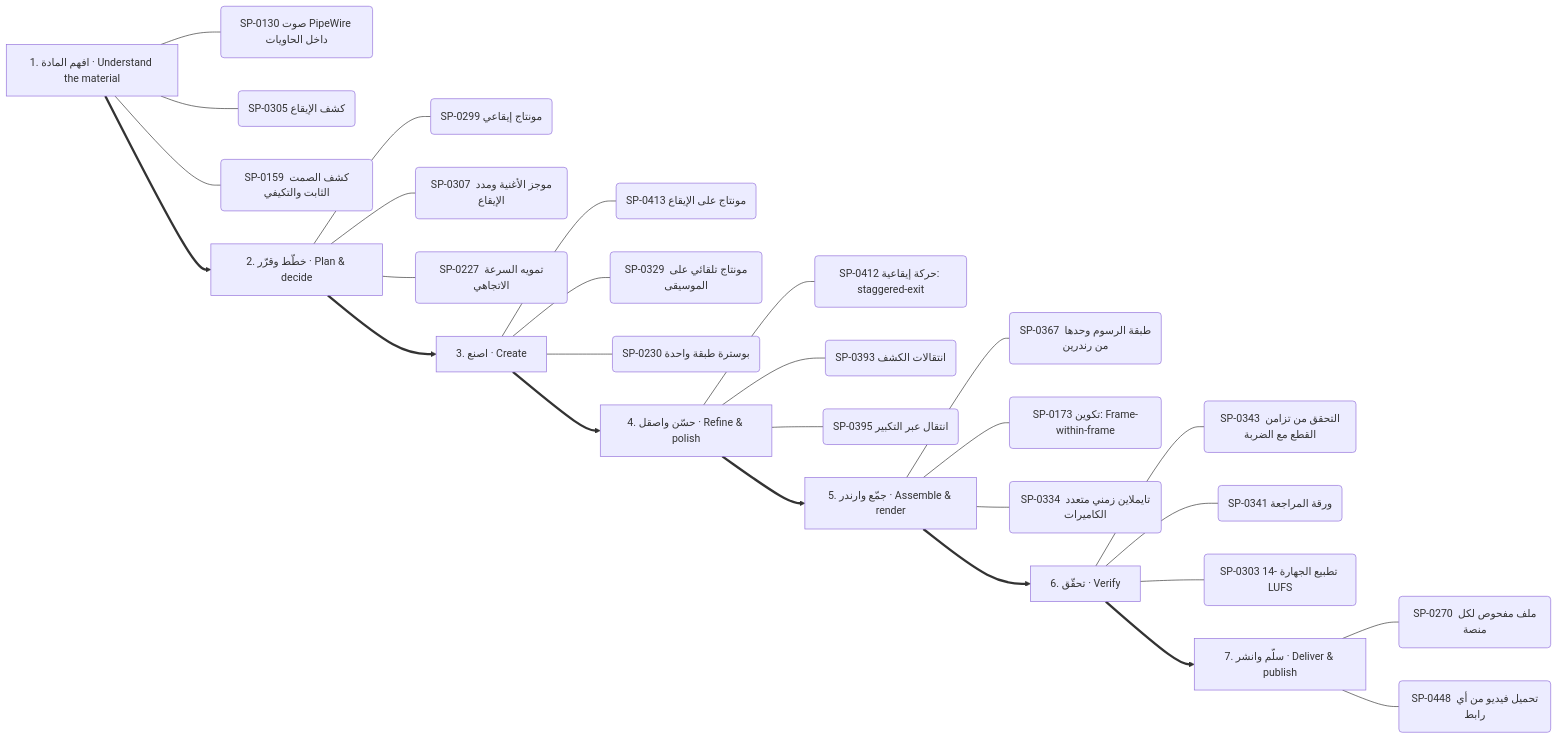
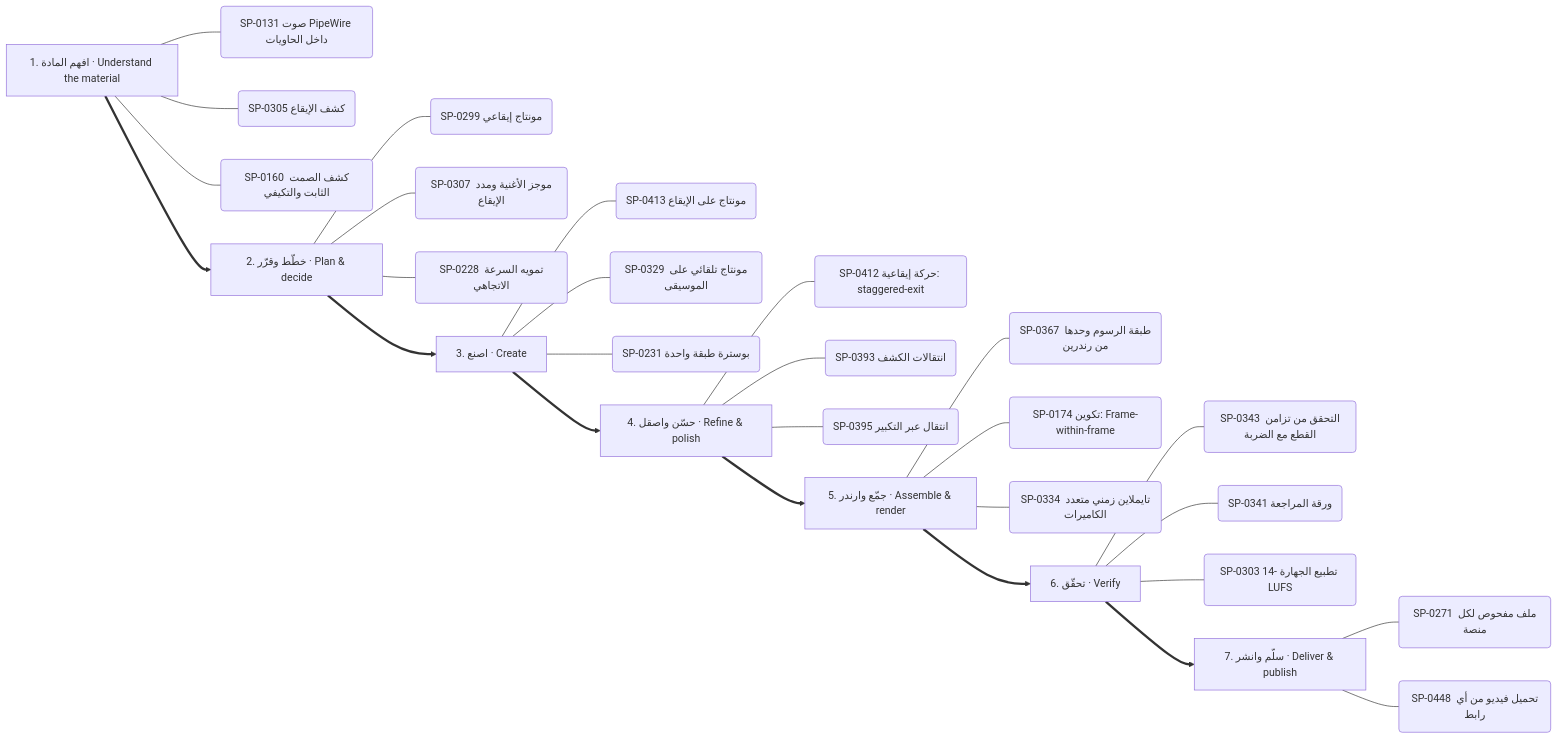
One commit to kosif199022-jpg/kosif-tool changed the third of 13 diagrams in .claude/skills/kosif-superpowers/references/capability-mindmap.md. Above: the diagram before and after it, drawn with Mermaid. The commit also changed other lines of this file and 51 other files, not shown here.

````diff
--- a/.claude/skills/kosif-superpowers/references/capability-mindmap.md
+++ b/.claude/skills/kosif-superpowers/references/capability-mindmap.md
@@ -176,36 +176,36 @@
 ```mermaid
 flowchart LR
   S0["1. افهم المادة · Understand the material"]
-  S0 --- S0_0("SP-0130 صوت PipeWire داخل الحاويات")
+  S0 --- S0_0("SP-0131 صوت PipeWire داخل الحاويات")
   S0 --- S0_1("SP-0305 كشف الإيقاع")
-  S0 --- S0_2("SP-0159 كشف الصمت الثابت والتكيفي")
+  S0 --- S0_2("SP-0160 كشف الصمت الثابت والتكيفي")
   S1["2. خطّط وقرّر · Plan & decide"]
   S1 --- S1_0("SP-0299 مونتاج إيقاعي")
   S1 --- S1_1("SP-0307 موجز الأغنية ومدد الإيقاع")
-  S1 --- S1_2("SP-0227 تمويه السرعة الاتجاهي")
+  S1 --- S1_2("SP-0228 تمويه السرعة الاتجاهي")
   S0 ==> S1
   S2["3. اصنع · Create"]
   S2 --- S2_0("SP-0413 مونتاج على الإيقاع")
   S2 --- S2_1("SP-0329 مونتاج تلقائي على الموسيقى")
-  S2 --- S2_2("SP-0230 بوسترة طبقة واحدة")
+  S2 --- S2_2("SP-0231 بوسترة طبقة واحدة")
   S1 ==> S2
   S3["4. حسّن واصقل · Refine & polish"]
   S3 --- S3_0("SP-0412 حركة إيقاعية: staggered-exit")
   S3 --- S3_1("SP-0393 انتقالات الكشف")
   S3 --- S3_2("SP-0395 انتقال عبر التكبير")
   S2 ==> S3
   S4["5. جمّع وارندر · Assemble & render"]
   S4 --- S4_0("SP-0367 طبقة الرسوم وحدها من رندرين")
-  S4 --- S4_1("SP-0173 تكوين: Frame-within-frame")
+  S4 --- S4_1("SP-0174 تكوين: Frame-within-frame")
   S4 --- S4_2("SP-0334 تايملاين زمني متعدد الكاميرات")
   S3 ==> S4
   S5["6. تحقّق · Verify"]
   S5 --- S5_0("SP-0343 التحقق من تزامن القطع مع الضربة")
   S5 --- S5_1("SP-0341 ورقة المراجعة")
   S5 --- S5_2("SP-0303 تطبيع الجهارة -14 LUFS")
   S4 ==> S5
   S6["7. سلّم وانشر · Deliver & publish"]
-  S6 --- S6_0("SP-0270 ملف مفحوص لكل منصة")
+  S6 --- S6_0("SP-0271 ملف مفحوص لكل منصة")
   S6 --- S6_1("SP-0448 تحميل فيديو من أي رابط")
   S5 ==> S6
 ```
````
